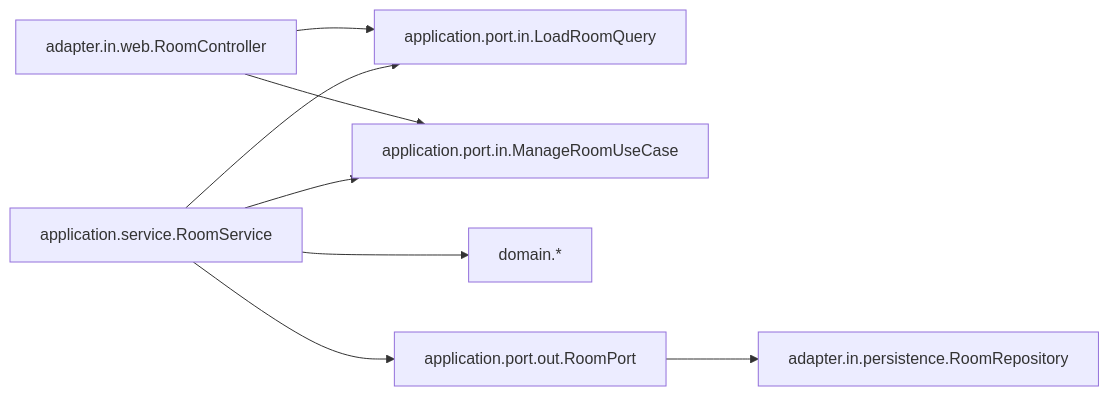
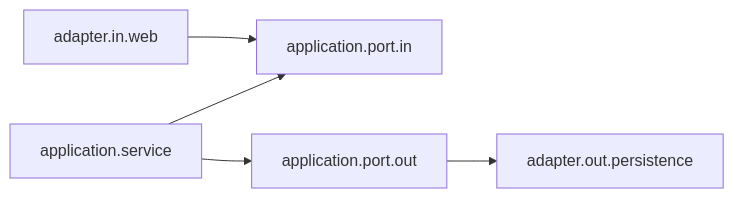
Before and after one commit to ch3224bin/mud-mk1: the diagram in game-server/README.md, drawn with Mermaid. The commit also changed other lines of this file, not shown here.

Commit message:
docs(game-server): Map 문서 수정

````diff
--- a/game-server/README.md
+++ b/game-server/README.md
@@ -5,10 +5,7 @@
 ```mermaid
 graph LR;
-  adapter.in.web.RoomController --> application.port.in.LoadRoomQuery;
-  adapter.in.web.RoomController --> application.port.in.ManageRoomUseCase;
-  application.service.RoomService --> application.port.in.LoadRoomQuery;
-  application.service.RoomService --> application.port.in.ManageRoomUseCase;
-  application.service.RoomService --> domain.*;
-  application.service.RoomService --> application.port.out.RoomPort;
-  application.port.out.RoomPort --> adapter.in.persistence.RoomRepository;
+  adapter.in.web --> application.port.in;
+  application.service --> application.port.in;
+  application.service --> application.port.out;
+  application.port.out --> adapter.out.persistence;
 ```
````
